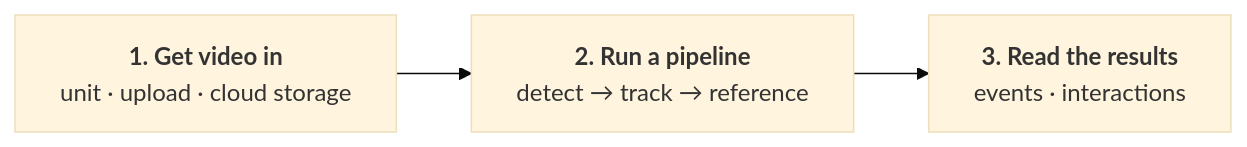
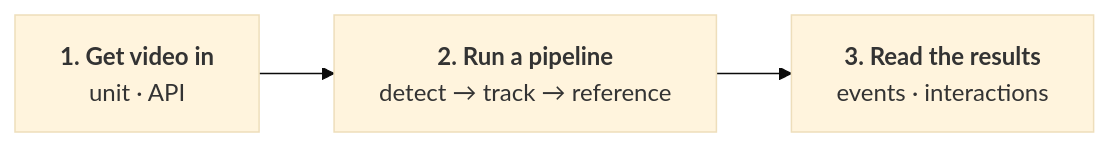
Before and after one commit to eai6/BeeMonitor: the diagram in docs/get-started.md, drawn with Mermaid (base theme). The commit also changed other lines of this file and 8 other files, not shown here.

First line of the commit message:
Hide Sources; docs drop web upload and cloud sources

````diff
--- a/docs/get-started.md
+++ b/docs/get-started.md
@@ -6,5 +6,5 @@
 ```mermaid
 flowchart LR
-  S["<b>1. Get video in</b><br/>unit · upload · cloud storage"] --> P["<b>2. Run a pipeline</b><br/>detect → track → reference"]
+  S["<b>1. Get video in</b><br/>unit · API"] --> P["<b>2. Run a pipeline</b><br/>detect → track → reference"]
   P --> R["<b>3. Read the results</b><br/>events · interactions"]
 ```
````
